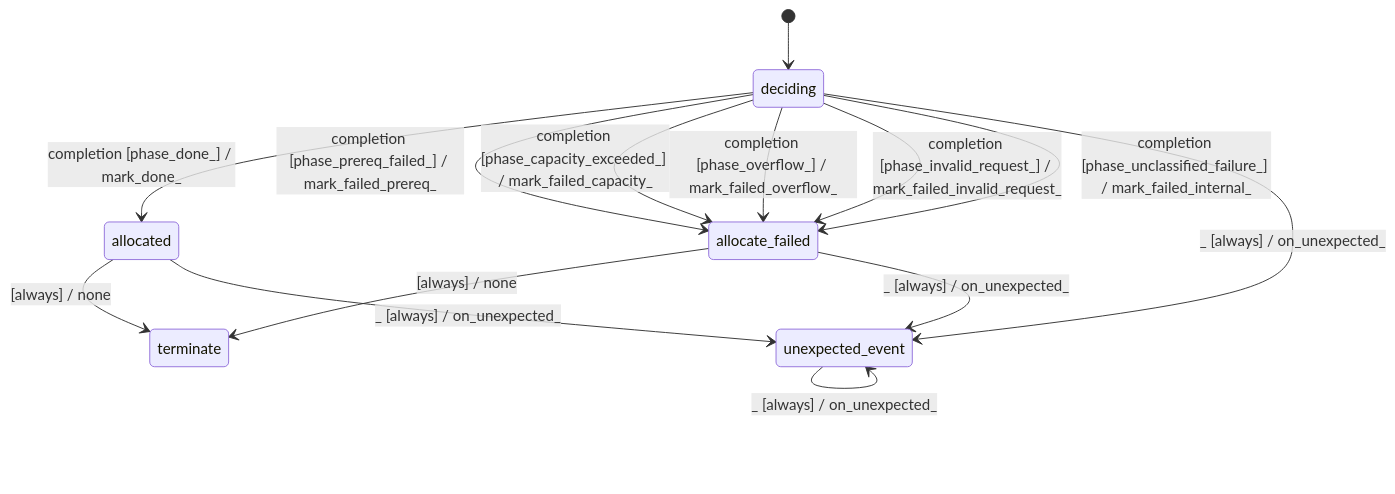
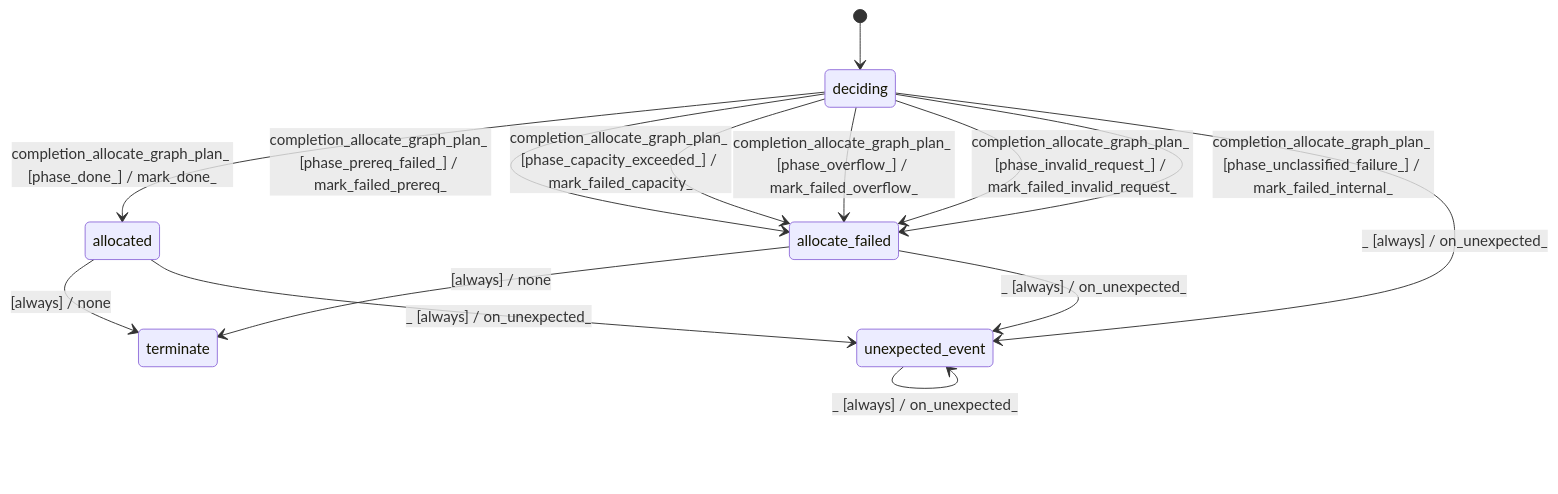
Before and after one commit to stateforward/emel.cpp: the diagram in docs/architecture/graph_allocator_ordering_pass.md, drawn with Mermaid. The commit also changed other lines of this file and 56 other files, not shown here.

Commit message:
docsgen: render typed completion events in generated diagrams

````diff
--- a/docs/architecture/graph_allocator_ordering_pass.md
+++ b/docs/architecture/graph_allocator_ordering_pass.md
@@ -7,17 +7,17 @@
 ```mermaid
 stateDiagram-v2
   direction TB
   [*] --> deciding
-  deciding --> allocated : completion [phase_done_] / mark_done_
-  deciding --> allocate_failed : completion [phase_prereq_failed_] / mark_failed_prereq_
-  deciding --> allocate_failed : completion [phase_capacity_exceeded_] / mark_failed_capacity_
-  deciding --> allocate_failed : completion [phase_overflow_] / mark_failed_overflow_
-  deciding --> allocate_failed : completion [phase_invalid_request_] / mark_failed_invalid_request_
-  deciding --> allocate_failed : completion [phase_unclassified_failure_] / mark_failed_internal_
+  deciding --> allocated : completion_allocate_graph_plan_ [phase_done_] / mark_done_
+  deciding --> allocate_failed : completion_allocate_graph_plan_ [phase_prereq_failed_] / mark_failed_prereq_
+  deciding --> allocate_failed : completion_allocate_graph_plan_ [phase_capacity_exceeded_] / mark_failed_capacity_
+  deciding --> allocate_failed : completion_allocate_graph_plan_ [phase_overflow_] / mark_failed_overflow_
+  deciding --> allocate_failed : completion_allocate_graph_plan_ [phase_invalid_request_] / mark_failed_invalid_request_
+  deciding --> allocate_failed : completion_allocate_graph_plan_ [phase_unclassified_failure_] / mark_failed_internal_
   allocated --> terminate : [always] / none
   allocate_failed --> terminate : [always] / none
   deciding --> unexpected_event : _ [always] / on_unexpected_
   allocated --> unexpected_event : _ [always] / on_unexpected_
   allocate_failed --> unexpected_event : _ [always] / on_unexpected_
   unexpected_event --> unexpected_event : _ [always] / on_unexpected_
 ```
````
